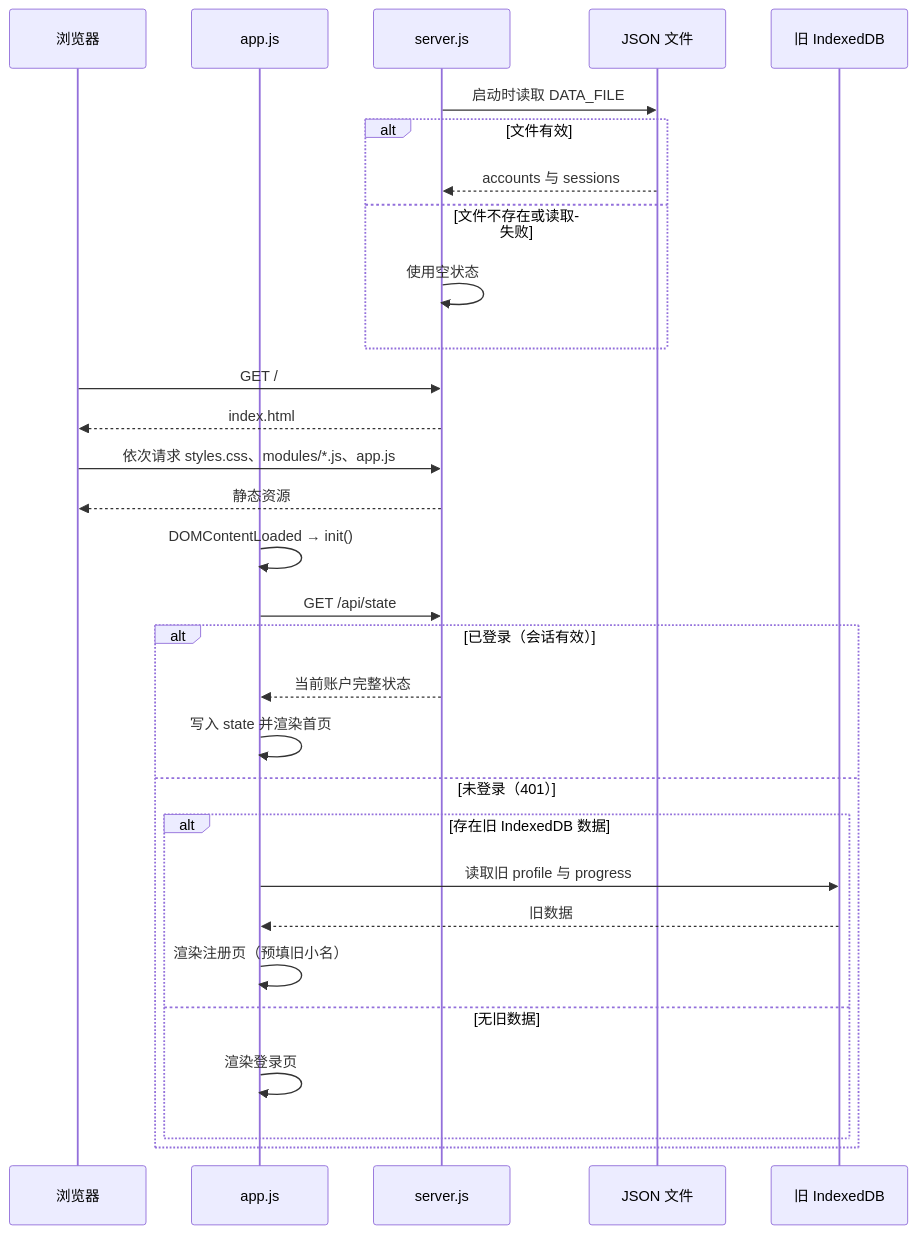
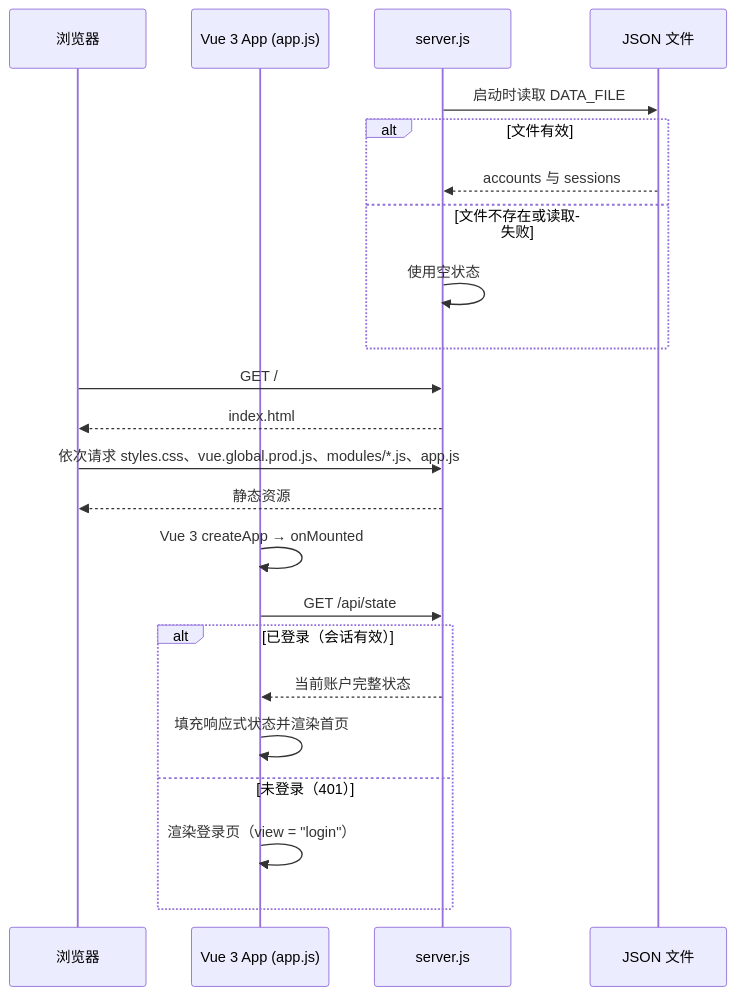
The first of 7 diagrams in docs/codinghub/flows.md (guccang/yuanbao), drawn with Mermaid before and after one commit. The commit also changed other lines of this file and 3 other files, not shown here.

````diff
--- a/docs/codinghub/flows.md
+++ b/docs/codinghub/flows.md
@@ -9,33 +9,26 @@
 ```mermaid
 sequenceDiagram
     participant B as 浏览器
-    participant A as app.js
+    participant V as Vue 3 App (app.js)
     participant S as server.js
     participant F as JSON 文件
-    participant I as 旧 IndexedDB
 
     S->>F: 启动时读取 DATA_FILE
     alt 文件有效
         F-->>S: accounts 与 sessions
     else 文件不存在或读取失败
         S->>S: 使用空状态
     end
     B->>S: GET /
     S-->>B: index.html
-    B->>S: 依次请求 styles.css、modules/*.js、app.js
+    B->>S: 依次请求 styles.css、vue.global.prod.js、modules/*.js、app.js
     S-->>B: 静态资源
-    A->>A: DOMContentLoaded → init()
-    A->>S: GET /api/state
+    V->>V: Vue 3 createApp → onMounted
+    V->>S: GET /api/state
     alt 已登录（会话有效）
-        S-->>A: 当前账户完整状态
-        A->>A: 写入 state 并渲染首页
+        S-->>V: 当前账户完整状态
+        V->>V: 填充响应式状态并渲染首页
     else 未登录（401）
-        alt 存在旧 IndexedDB 数据
-            A->>I: 读取旧 profile 与 progress
-            I-->>A: 旧数据
-            A->>A: 渲染注册页（预填旧小名）
-        else 无旧数据
-            A->>A: 渲染登录页
-        end
+        V->>V: 渲染登录页（view = "login"）
     end
 ```
````
